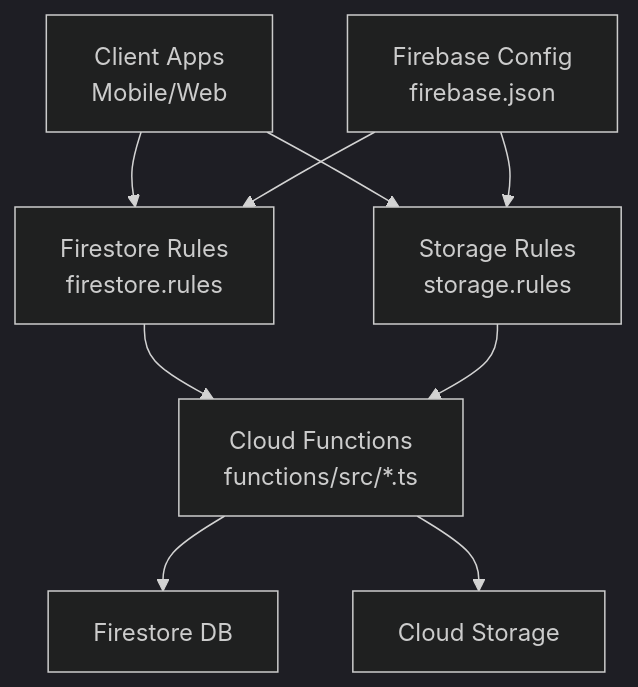
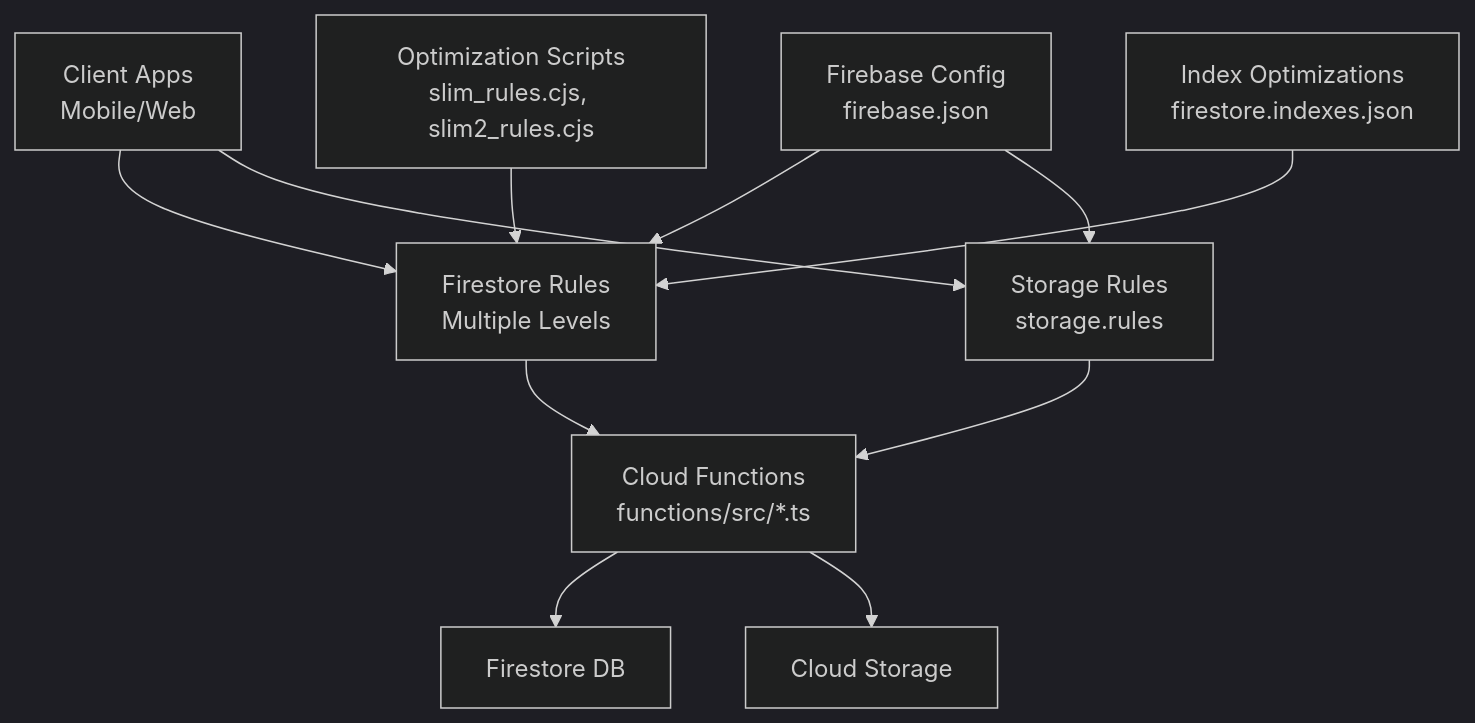
The first of 5 diagrams in .qoder/repowiki/en/content/Database Design & Schema/Security Rules & Access Control.md (raihom-netizen/com.gestaoyahwehios.app), drawn with Mermaid (dark theme) before and after one commit. The commit also changed other lines of this file and 504 other files, not shown here.

````diff
--- a/.qoder/repowiki/en/content/Database Design & Schema/Security Rules & Access Control.md
+++ b/.qoder/repowiki/en/content/Database Design & Schema/Security Rules & Access Control.md
@@ -39,11 +60,13 @@
 ```mermaid
 graph TB
-A["Client Apps<br/>Mobile/Web"] --> B["Firestore Rules<br/>firestore.rules"]
+A["Client Apps<br/>Mobile/Web"] --> B["Firestore Rules<br/>Multiple Levels"]
 A --> C["Storage Rules<br/>storage.rules"]
 B --> D["Cloud Functions<br/>functions/src/*.ts"]
 C --> D
 E["Firebase Config<br/>firebase.json"] --> B
 E --> C
-D --> F["Firestore DB"]
-D --> G["Cloud Storage"]
+F["Optimization Scripts<br/>slim_rules.cjs, slim2_rules.cjs"] --> B
+G["Index Optimizations<br/>firestore.indexes.json"] --> B
+D --> H["Firestore DB"]
+D --> I["Cloud Storage"]
 ```
````
